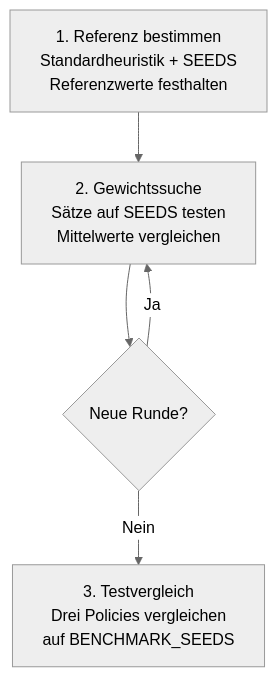
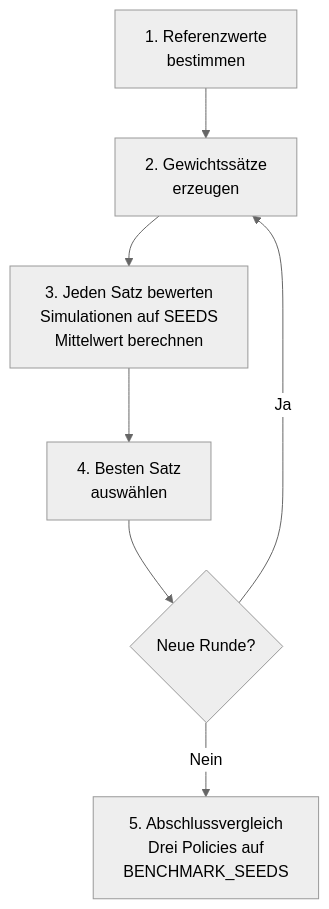
Before and after one commit to ghackenberg/SpineML: diagram 13 of 14 in README.md, drawn with Mermaid (neutral theme). The commit also changed other lines of this file, not shown here.

````diff
--- a/README.md
+++ b/README.md
@@ -2056,8 +2026,10 @@
 ```mermaid
 flowchart TD
-    A["1. Referenz bestimmen<br/>Standardheuristik + SEEDS<br/>Referenzwerte festhalten"]
-    A --> B["2. Gewichtssuche<br/>Sätze auf SEEDS testen<br/>Mittelwerte vergleichen"]
-    B --> C{"Neue Runde?"}
-    C -- Ja --> B
-    C -- Nein --> D["3. Testvergleich<br/>Drei Policies vergleichen<br/>auf BENCHMARK_SEEDS"]
+    A["1. Referenzwerte<br/>bestimmen"]
+    A --> B["2. Gewichtssätze<br/>erzeugen"]
+    B --> C["3. Jeden Satz bewerten<br/>Simulationen auf SEEDS<br/>Mittelwert berechnen"]
+    C --> D["4. Besten Satz<br/>auswählen"]
+    D --> E{"Neue Runde?"}
+    E -- Ja --> B
+    E -- Nein --> F["5. Abschlussvergleich<br/>Drei Policies auf<br/>BENCHMARK_SEEDS"]
 ```
````
